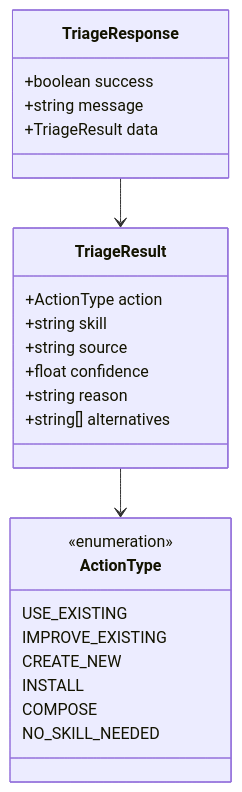
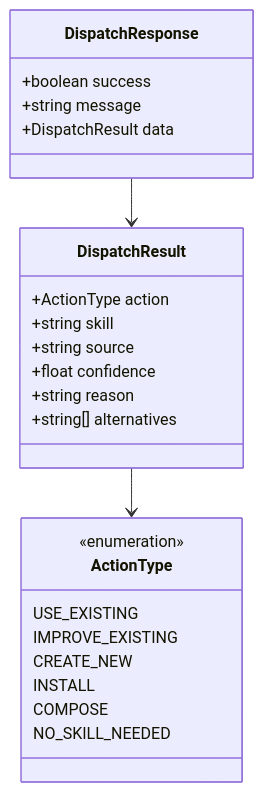
Before and after one commit to shetengteng/skillix-mcp: the eighth of 22 diagrams in design/02-设计/20260114-09-sx-triage设计.md, drawn with Mermaid. The commit also changed other lines of this file and 32 other files, not shown here.

````diff
--- a/design/02-设计/20260114-09-sx-triage设计.md
+++ b/design/02-设计/20260114-09-sx-triage设计.md
@@ -210,30 +210,30 @@
 ```mermaid
 classDiagram
-    class TriageResponse {
+    class DispatchResponse {
         +boolean success
         +string message
-        +TriageResult data
+        +DispatchResult data
     }
     
-    class TriageResult {
+    class DispatchResult {
         +ActionType action
         +string skill
         +string source
         +float confidence
         +string reason
         +string[] alternatives
     }
     
     class ActionType {
         <<enumeration>>
         USE_EXISTING
         IMPROVE_EXISTING
         CREATE_NEW
         INSTALL
         COMPOSE
         NO_SKILL_NEEDED
     }
     
-    TriageResponse --> TriageResult
-    TriageResult --> ActionType
+    DispatchResponse --> DispatchResult
+    DispatchResult --> ActionType
 ```
````
